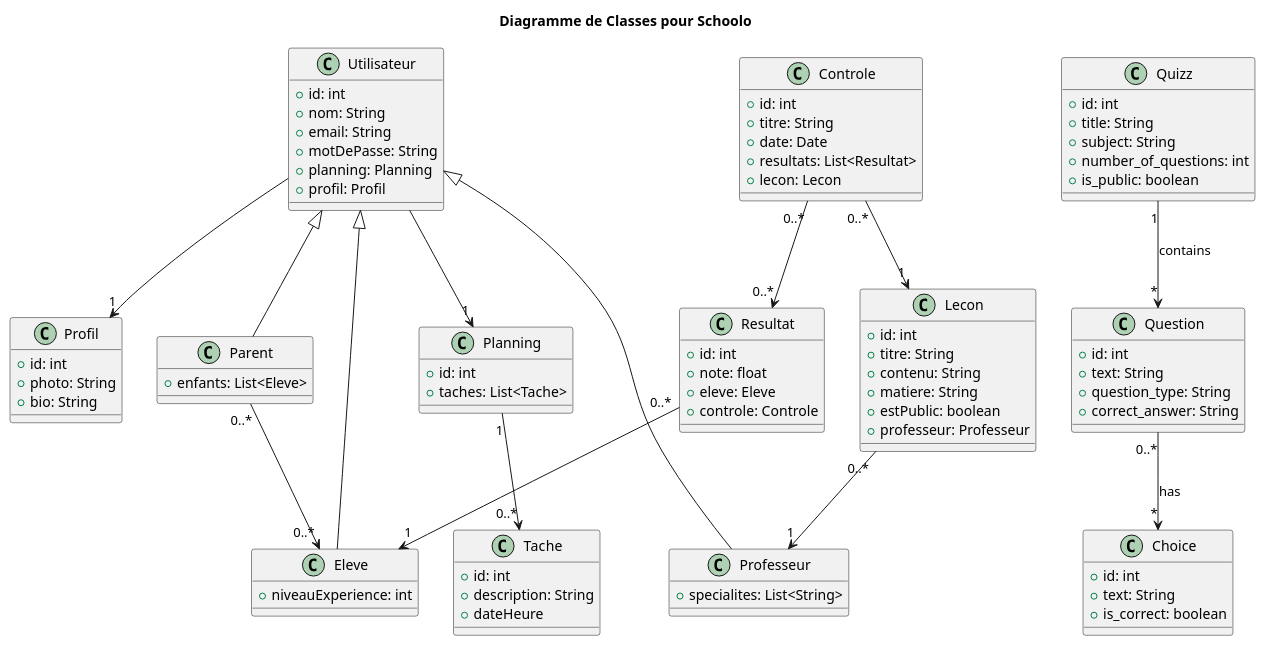
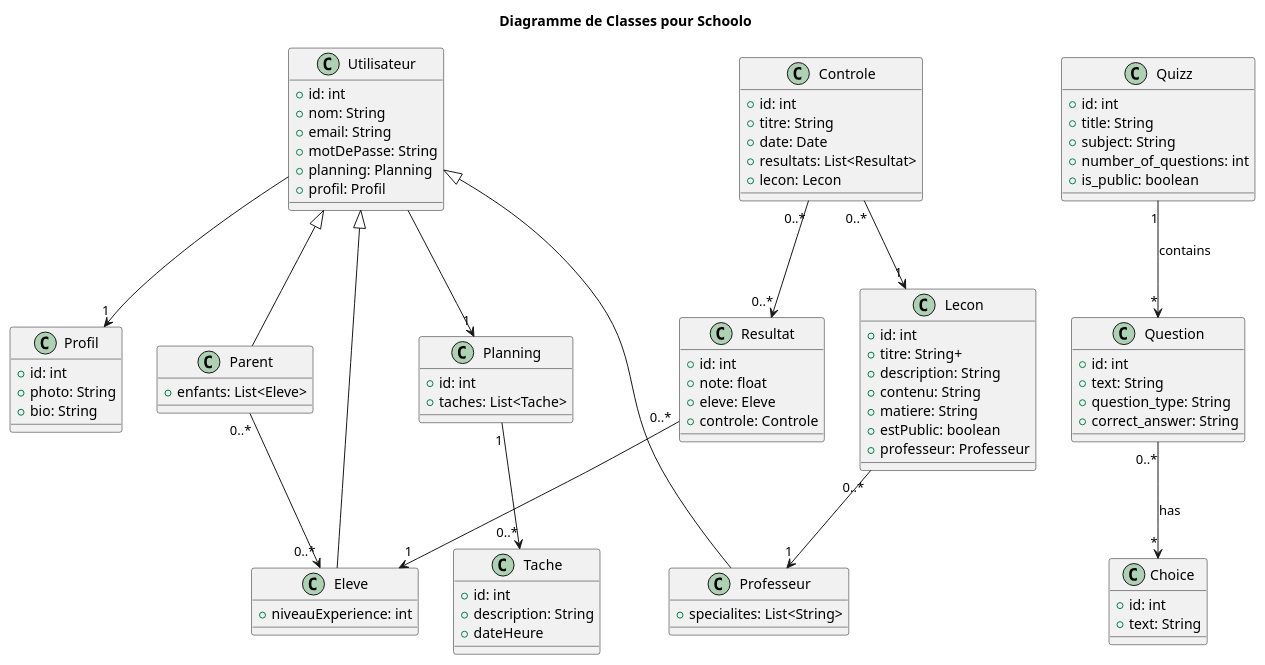
One commit to PIROSS-Dynamics/Schoolo-back changed the diagram in schoolo.puml. Above: the diagram before and after it, drawn with PlantUML.

Commit message:
mise a jour du diagramme

```diff
--- a/schoolo.puml
+++ b/schoolo.puml
@@ -1,100 +1,100 @@
 @startuml
 title Diagramme de Classes pour Schoolo
 
 class Utilisateur {
     +id: int
     +nom: String
     +email: String
     +motDePasse: String
     +planning: Planning
     +profil: Profil
 }
 
 
 class Profil {
     +id: int
     +photo: String
     +bio: String
 }
 
 class Eleve extends Utilisateur {
     +niveauExperience: int
 }
 
 class Professeur extends Utilisateur {
     +specialites: List<String>
 }
 
 class Parent extends Utilisateur {
     +enfants: List<Eleve>
 }
 
 class Lecon {
     +id: int
-    +titre: String
+    +titre: String+
+    +description: String
     +contenu: String
     +matiere: String
     +estPublic: boolean
     +professeur: Professeur
 }
 
 class Controle {
     +id: int
     +titre: String
     +date: Date
     +resultats: List<Resultat>
     +lecon: Lecon
 }
 
 class Resultat {
     +id: int
     +note: float
     +eleve: Eleve
     +controle: Controle
 }
 
 class Planning {
     +id: int
     +taches: List<Tache>
 }
 
 class Tache {
     +id: int
     +description: String
     +dateHeure
 }
 class Quizz {
     +id: int
     +title: String
     +subject: String
     +number_of_questions: int
     +is_public: boolean
 }
 
 class Question {
     +id: int
     +text: String
     +question_type: String
     +correct_answer: String
 }
 
 class Choice {
     +id: int
     +text: String
-    +is_correct: boolean
 }
 
 Quizz "1" --> "*" Question : contains
 Question "0..*" --> "*" Choice : has
 Utilisateur  --> "1" Planning
 Utilisateur  --> "1" Profil
 Parent "0..*" --> "0..*" Eleve
 Lecon "0..*" --> "1" Professeur
 Controle "0..*" --> "1" Lecon
 Resultat "0..*" --> "1" Eleve
 Controle "0..*" --> "0..*" Resultat
 Planning "1" --> "0..*" Tache
 
 
 
 @enduml
```
